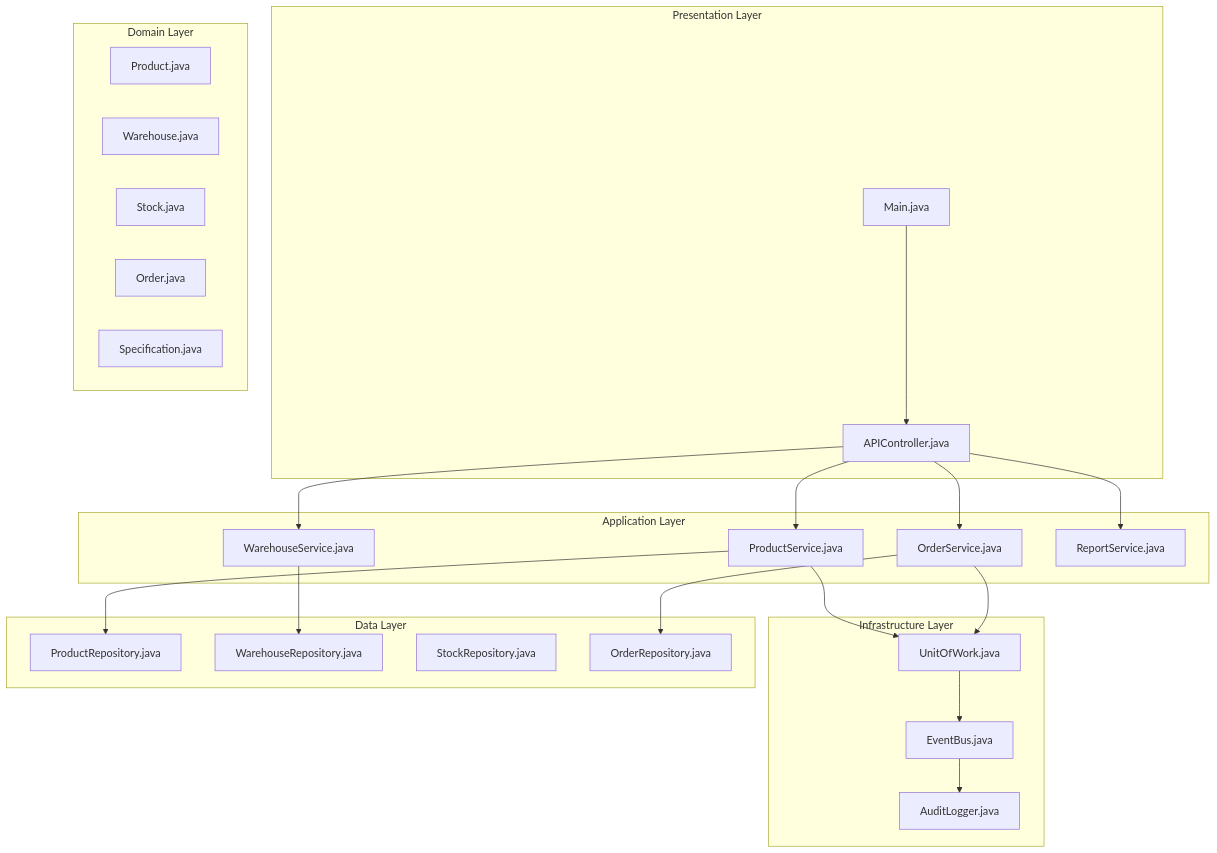
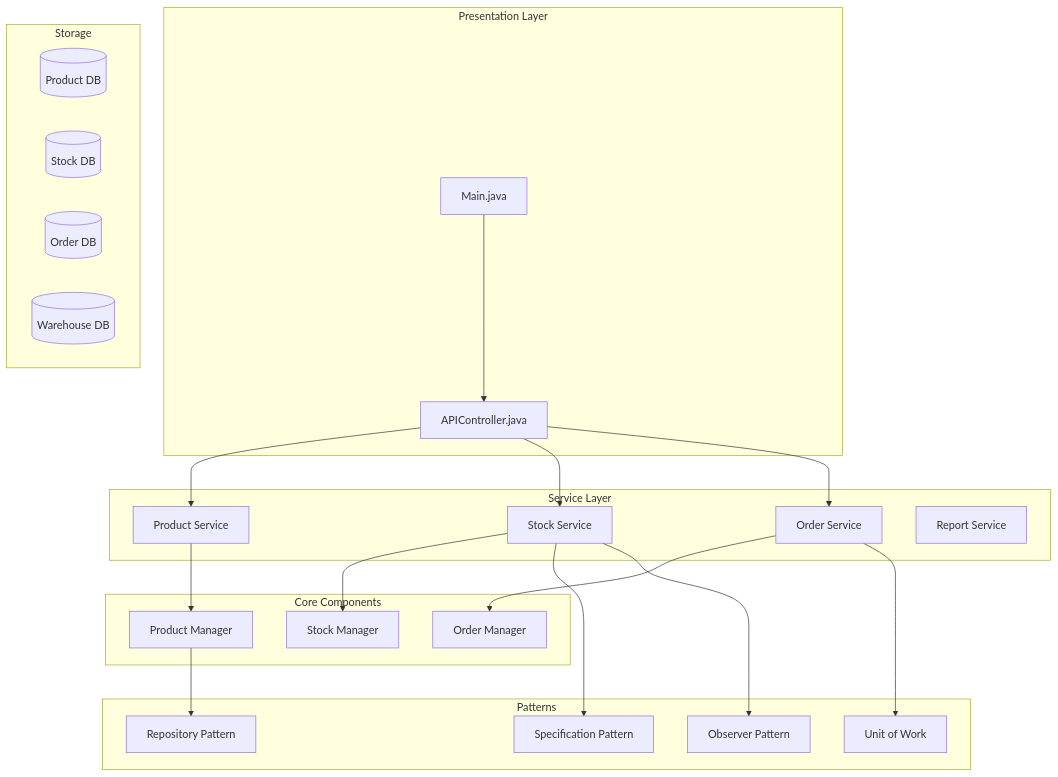
One commit to javaengineeringacademy/java-engineering-academy changed the first of 2 diagrams in 01-programming-languages/Java/02-oop/33-mini-projects/advanced/inventory-management/README.md. Above: the diagram before and after it, drawn with Mermaid. The commit also changed other lines of this file and 48 other files, not shown here.

First line of the commit message:
fix: final polish for 10/10 - split long READMEs, fix duplicates, add diagrams

````diff
--- a/01-programming-languages/Java/02-oop/33-mini-projects/advanced/inventory-management/README.md
+++ b/01-programming-languages/Java/02-oop/33-mini-projects/advanced/inventory-management/README.md
@@ -45,48 +45,46 @@
 ```mermaid
 graph TB
     subgraph Presentation Layer
         Main[Main.java]
         API[APIController.java]
     end
     
-    subgraph Application Layer
-        PS[ProductService.java]
-        WS[WarehouseService.java]
-        OS[OrderService.java]
-        RS[ReportService.java]
+    subgraph Service Layer
+        ProductService[Product Service]
+        StockService[Stock Service]
+        OrderService[Order Service]
+        ReportService[Report Service]
     end
     
-    subgraph Domain Layer
-        Product[Product.java]
-        Warehouse[Warehouse.java]
-        Stock[Stock.java]
-        Order[Order.java]
-        Spec[Specification.java]
+    subgraph Core Components
+        ProductManager[Product Manager]
+        StockManager[Stock Manager]
+        OrderManager[Order Manager]
     end
     
-    subgraph Infrastructure Layer
-        UoW[UnitOfWork.java]
-        Event[EventBus.java]
-        Audit[AuditLogger.java]
+    subgraph Patterns
+        Repository[Repository Pattern]
+        Specification[Specification Pattern]
+        UnitOfWork[Unit of Work]
+        Observer[Observer Pattern]
     end
     
-    subgraph Data Layer
-        PR[ProductRepository.java]
-        WR[WarehouseRepository.java]
-        SR[StockRepository.java]
-        OR[OrderRepository.java]
+    subgraph Storage
+        ProductDB[(Product DB)]
+        StockDB[(Stock DB)]
+        OrderDB[(Order DB)]
+        WarehouseDB[(Warehouse DB)]
     end
     
     Main --> API
-    API --> PS
-    API --> WS
-    API --> OS
-    API --> RS
-    PS --> PR
-    WS --> WR
-    OS --> OR
-    PS --> UoW
-    OS --> UoW
-    UoW --> Event
-    Event --> Audit
+    API --> ProductService
+    API --> StockService
+    API --> OrderService
+    ProductService --> ProductManager
+    StockService --> StockManager
+    OrderService --> OrderManager
+    ProductManager --> Repository
+    StockService --> Specification
+    OrderService --> UnitOfWork
+    StockService --> Observer
 ```
````
